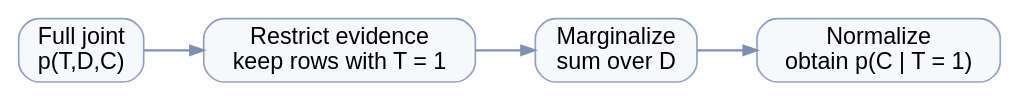
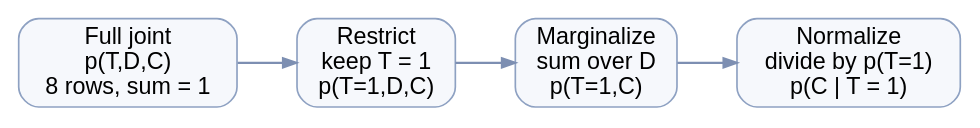
Before and after one commit to jensonp/cs179-chapter-2-probability: the diagram in notes/02_probability_reconstructed/assets/figure_2_table_update_pipeline.dot, drawn with Graphviz. The commit also changed 3 other files, not shown here.

```diff
--- a/notes/02_probability_reconstructed/assets/figure_2_table_update_pipeline.dot
+++ b/notes/02_probability_reconstructed/assets/figure_2_table_update_pipeline.dot
@@ -1,10 +1,10 @@
 digraph TableUpdate {
   rankdir=LR;
   node [shape=box, style="rounded,filled", fillcolor="#f6f8fc", color="#8ea1c2", fontname="Helvetica"];
   edge [color="#7d8fb2", penwidth=1.3, arrowsize=0.8];
-  joint [label="Full joint\np(T,D,C)"];
-  restrict [label="Restrict evidence\nkeep rows with T = 1"];
-  marginal [label="Marginalize\nsum over D"];
-  normalize [label="Normalize\nobtain p(C | T = 1)"];
+  joint [label="Full joint\np(T,D,C)\n8 rows, sum = 1"];
+  restrict [label="Restrict\nkeep T = 1\np(T=1,D,C)"];
+  marginal [label="Marginalize\nsum over D\np(T=1,C)"];
+  normalize [label="Normalize\ndivide by p(T=1)\np(C | T = 1)"];
   joint -> restrict -> marginal -> normalize;
 }
```
